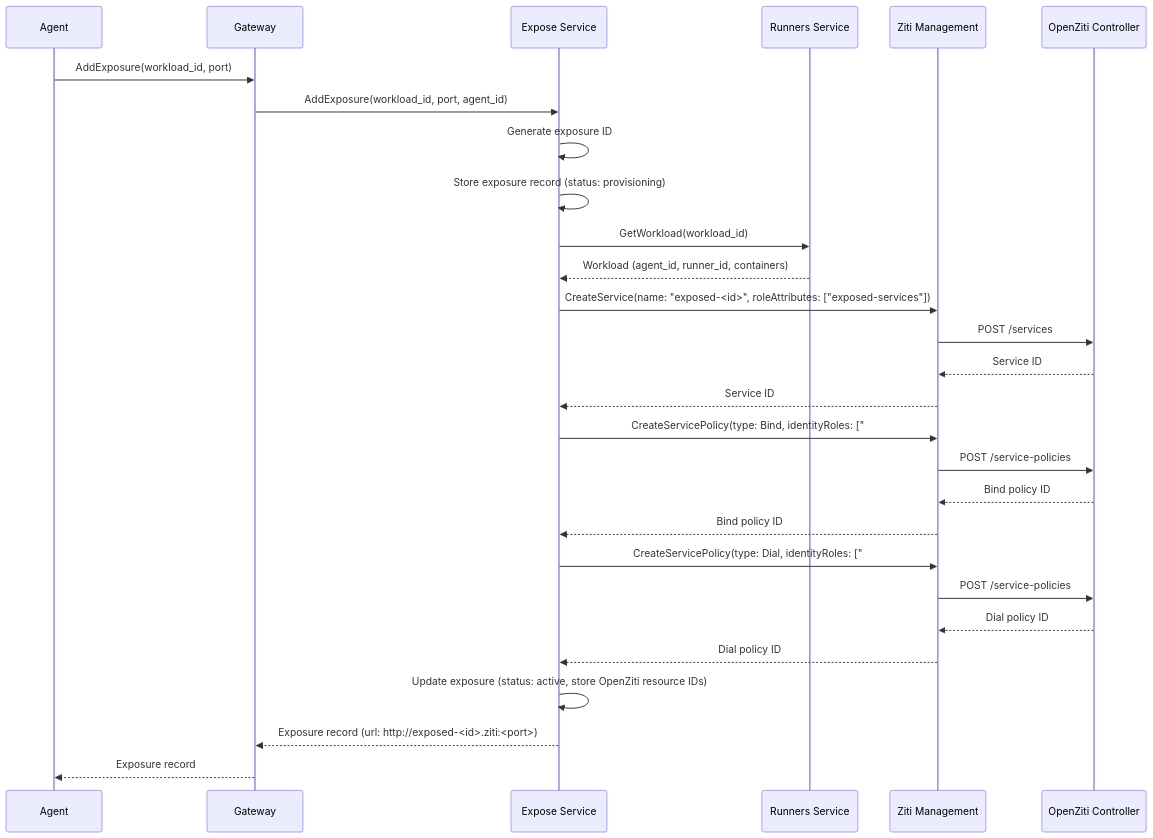
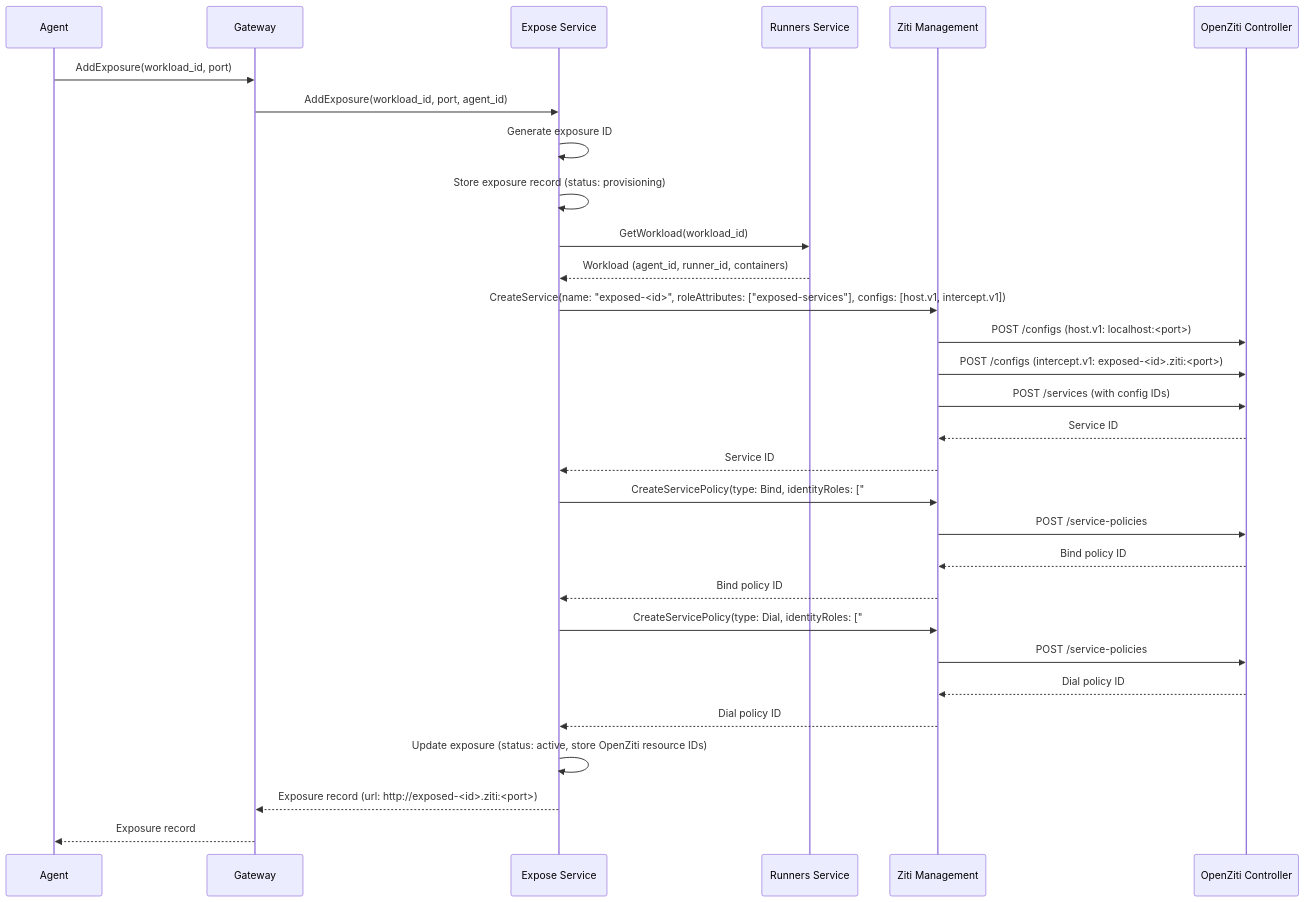
One commit to agynio/architecture changed the second of 4 diagrams in architecture/expose-service.md. Above: the diagram before and after it, drawn with Mermaid. The commit also changed other lines of this file and 3 other files, not shown here.

````diff
--- a/architecture/expose-service.md
+++ b/architecture/expose-service.md
@@ -60,35 +60,37 @@
 ```mermaid
 sequenceDiagram
     participant A as Agent
     participant GW as Gateway
     participant ES as Expose Service
     participant RS as Runners Service
     participant ZM as Ziti Management
     participant ZC as OpenZiti Controller
 
     A->>GW: AddExposure(workload_id, port)
     GW->>ES: AddExposure(workload_id, port, agent_id)
     ES->>ES: Generate exposure ID
     ES->>ES: Store exposure record (status: provisioning)
     ES->>RS: GetWorkload(workload_id)
     RS-->>ES: Workload (agent_id, runner_id, containers)
 
-    ES->>ZM: CreateService(name: "exposed-<id>", roleAttributes: ["exposed-services"])
-    ZM->>ZC: POST /services
+    ES->>ZM: CreateService(name: "exposed-<id>", roleAttributes: ["exposed-services"], configs: [host.v1, intercept.v1])
+    ZM->>ZC: POST /configs (host.v1: localhost:<port>)
+    ZM->>ZC: POST /configs (intercept.v1: exposed-<id>.ziti:<port>)
+    ZM->>ZC: POST /services (with config IDs)
     ZC-->>ZM: Service ID
     ZM-->>ES: Service ID
 
     ES->>ZM: CreateServicePolicy(type: Bind, identityRoles: ["#agent-<agentId>"], serviceRoles: ["@exposed-<id>"])
     ZM->>ZC: POST /service-policies
     ZC-->>ZM: Bind policy ID
     ZM-->>ES: Bind policy ID
 
     ES->>ZM: CreateServicePolicy(type: Dial, identityRoles: ["#all"], serviceRoles: ["@exposed-<id>"])
     ZM->>ZC: POST /service-policies
     ZC-->>ZM: Dial policy ID
     ZM-->>ES: Dial policy ID
 
     ES->>ES: Update exposure (status: active, store OpenZiti resource IDs)
     ES-->>GW: Exposure record (url: http://exposed-<id>.ziti:<port>)
     GW-->>A: Exposure record
 ```
````
